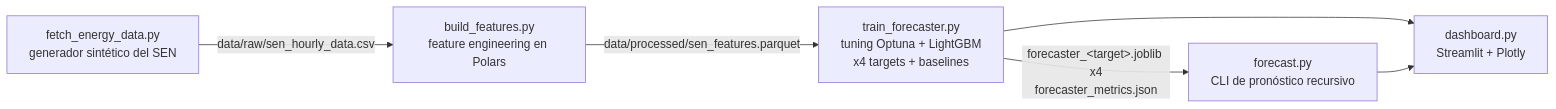
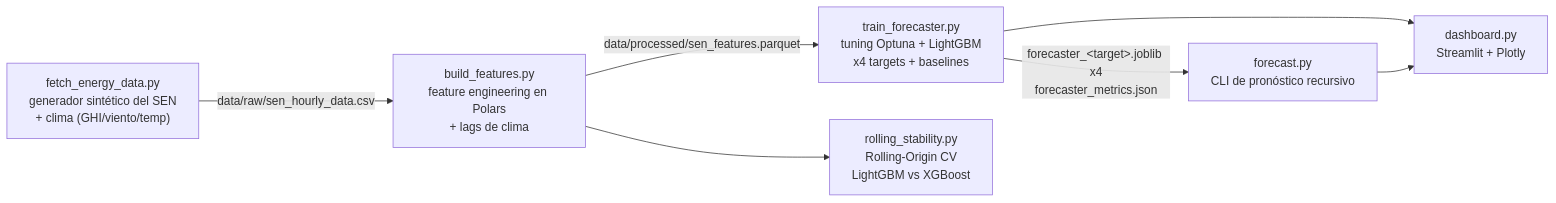
The diagram in README.es.md (Rxyxs/chile-energy-grid-forecasting), drawn with Mermaid before and after one commit. The commit also changed other lines of this file and 12 other files, not shown here.

Commit message:
feat: weather-augmented features and rolling-origin cross-validation

````diff
--- a/README.es.md
+++ b/README.es.md
@@ -41,8 +43,9 @@
 ```mermaid
 flowchart LR
-    A["fetch_energy_data.py\ngenerador sintético del SEN"] -->|"data/raw/sen_hourly_data.csv"| B["build_features.py\nfeature engineering en Polars"]
+    A["fetch_energy_data.py\ngenerador sintético del SEN\n+ clima (GHI/viento/temp)"] -->|"data/raw/sen_hourly_data.csv"| B["build_features.py\nfeature engineering en Polars\n+ lags de clima"]
     B -->|"data/processed/sen_features.parquet"| C["train_forecaster.py\ntuning Optuna + LightGBM\nx4 targets + baselines"]
+    B --> G["rolling_stability.py\nRolling-Origin CV\nLightGBM vs XGBoost"]
     C -->|"forecaster_&lt;target&gt;.joblib x4\nforecaster_metrics.json"| D["forecast.py\nCLI de pronóstico recursivo"]
     C --> E["dashboard.py\nStreamlit + Plotly"]
     D --> E
 ```
````
